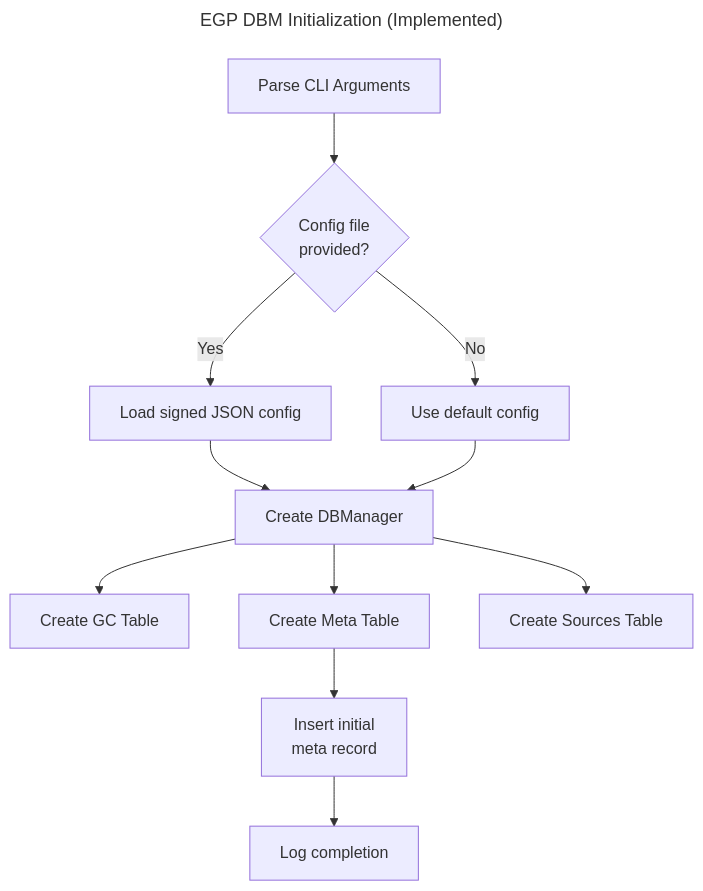
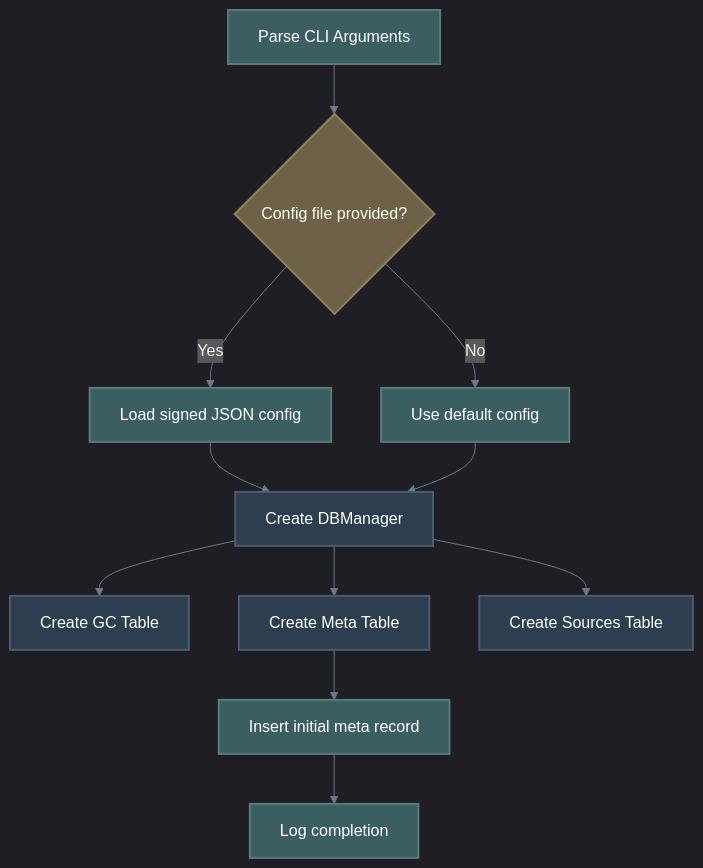
One commit to Shapedsundew9/erasmus-gp changed the second of 3 diagrams in docs/components/database/manager_architecture.md. Above: the diagram before and after it, drawn with Mermaid. The commit also changed other lines of this file and 21 other files, not shown here.

First line of the commit message:
Enhance Mermaid Diagrams and Color Consistency Across Documentation

````diff
--- a/docs/components/database/manager_architecture.md
+++ b/docs/components/database/manager_architecture.md
@@ -68,29 +72,31 @@
 ```mermaid
----
-title: EGP DBM Initialization (Implemented)
----
+%%{init: { 'theme': 'dark', 'themeVariables': { 'lineColor': '#6c7a89', 'textColor': '#edf2f4', 'mainBkg': '#2b2d42', 'primaryBorderColor': '#4a4e69' }}}%%
 flowchart TD
-    init1[Parse CLI Arguments]
-    init2{Config file
-        provided?}
-    init3[Load signed JSON config]
-    init4[Use default config]
-    init5[Create DBManager]
-    init6[Create GC Table]
-    init7[Create Meta Table]
-    init8[Create Sources Table]
-    init9[Insert initial
-        meta record]
-    init10[Log completion]
+    %% Base/Default (Dark Slate)
+    classDef default fill:#2b2d42,stroke:#4a4e69,stroke-width:2px,color:#edf2f4
+    classDef dataTeal fill:#3b5e60,stroke:#5b7a7c,stroke-width:2px,color:#ffffff
+    classDef dataNavy fill:#2c3e50,stroke:#4a5c6e,stroke-width:2px,color:#ffffff
+    classDef dataGold fill:#6e6246,stroke:#8f8160,stroke-width:2px,color:#ffffff
+
+    init1[Parse CLI Arguments]:::dataTeal
+    init2{Config file provided?}:::dataGold
+    init3[Load signed JSON config]:::dataTeal
+    init4[Use default config]:::dataTeal
+    init5[Create DBManager]:::dataNavy
+    init6[Create GC Table]:::dataNavy
+    init7[Create Meta Table]:::dataNavy
+    init8[Create Sources Table]:::dataNavy
+    init9[Insert initial meta record]:::dataTeal
+    init10[Log completion]:::dataTeal
 
     init1 --> init2
     init2 -->|Yes| init3
     init2 -->|No| init4
     init3 --> init5
     init4 --> init5
     init5 --> init6
     init5 --> init7
     init5 --> init8
     init7 --> init9
     init9 --> init10
 ```
````
